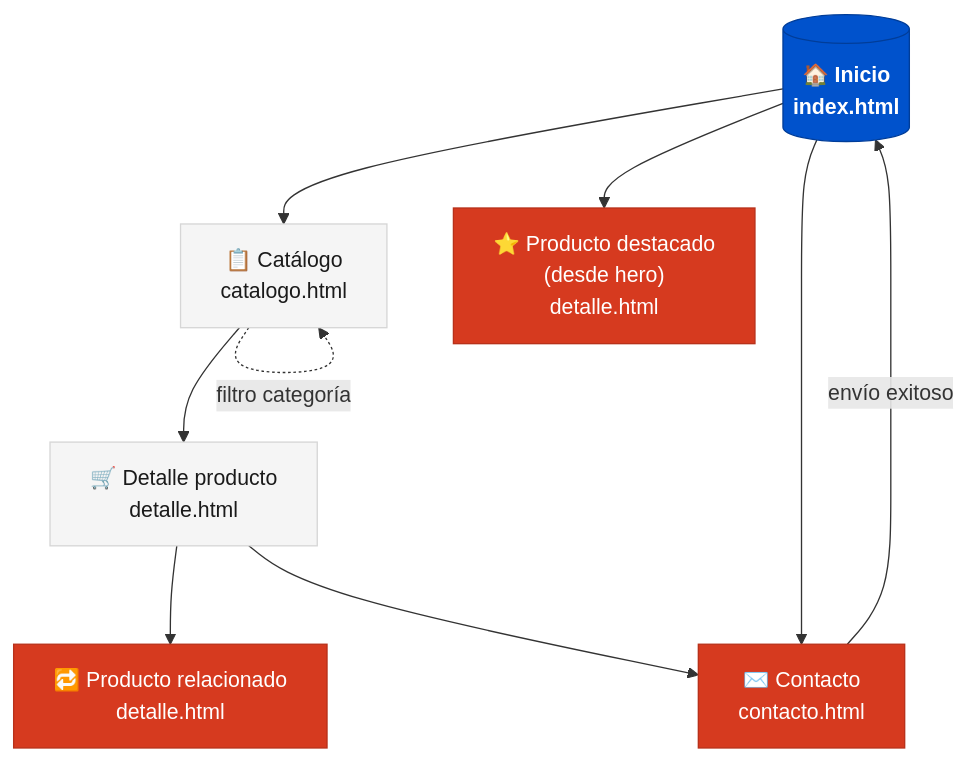
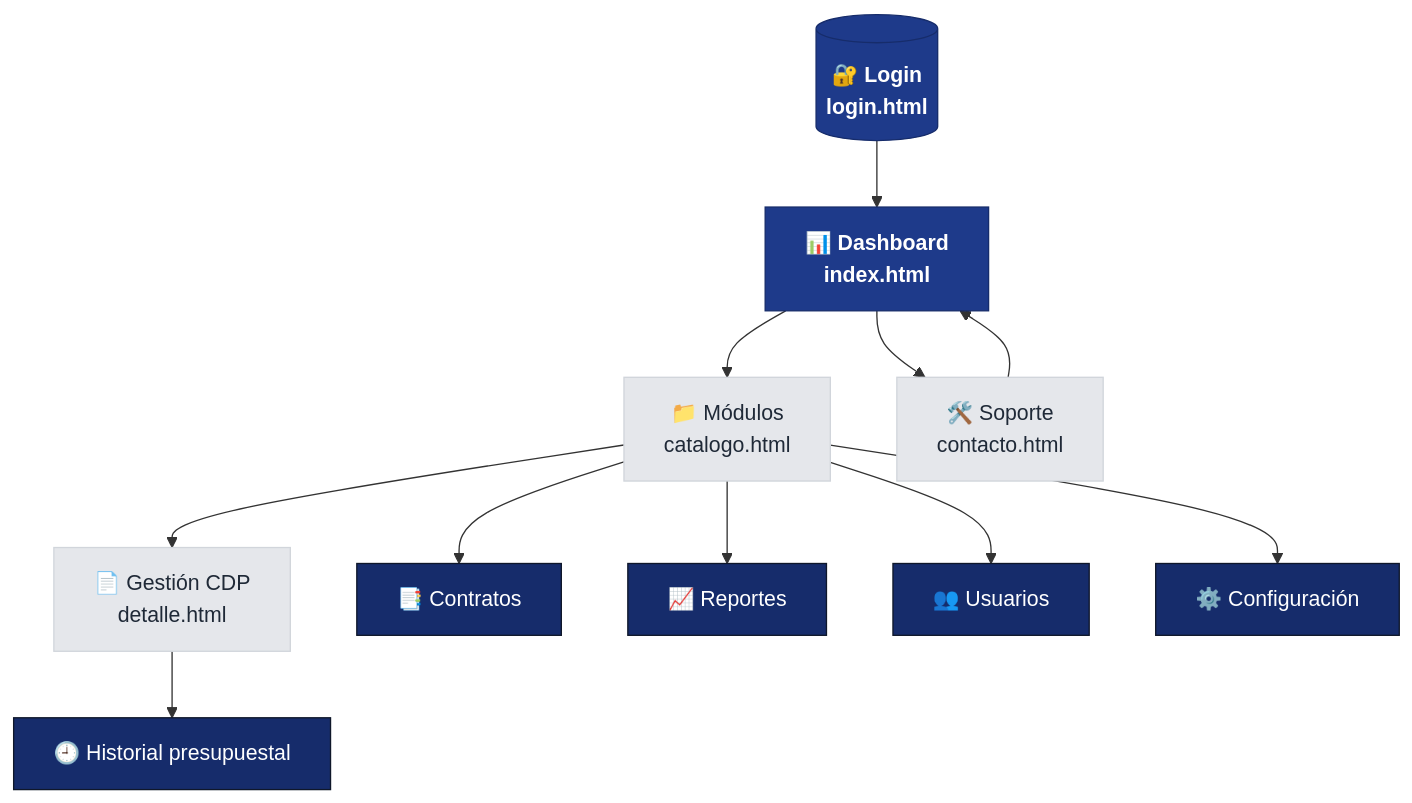
The first of 3 diagrams in docs/mapa-navegacion.md (IsaacPetro/mini-sitio-adso), drawn with Mermaid before and after one commit. The commit also changed other lines of this file and 8 other files, not shown here.

````diff
--- a/docs/mapa-navegacion.md
+++ b/docs/mapa-navegacion.md
@@ -14,24 +16,33 @@
 ```mermaid
 flowchart TD
-  HOME[("🏠 Inicio<br/>index.html")]
 
-  HOME --> CATALOGO["📋 Catálogo<br/>catalogo.html"]
-  HOME --> DESTACADO["⭐ Producto destacado<br/>(desde hero)<br/>detalle.html"]
-  HOME --> CONTACTO["✉️ Contacto<br/>contacto.html"]
+  LOGIN[("🔐 Login<br/>login.html")]
 
-  CATALOGO --> DETALLE["🛒 Detalle producto<br/>detalle.html"]
-  CATALOGO -.->|filtro categoría| CATALOGO
+  LOGIN --> DASHBOARD["📊 Dashboard<br/>index.html"]
 
-  DETALLE --> RELACIONADO["🔁 Producto relacionado<br/>detalle.html"]
-  DETALLE --> CONTACTO
+  DASHBOARD --> MODULOS["📁 Módulos<br/>catalogo.html"]
 
-  CONTACTO -->|envío exitoso| HOME
+  DASHBOARD --> SOPORTE["🛠️ Soporte<br/>contacto.html"]
 
-  classDef principal fill:#0052cc,stroke:#003d99,color:#fff,font-weight:bold
-  classDef secundaria fill:#f5f5f5,stroke:#d6d6d6,color:#1a1a1a
-  classDef accion fill:#d63a1f,stroke:#b8311a,color:#fff
+  MODULOS --> CDP["📄 Gestión CDP<br/>detalle.html"]
 
-  class HOME principal
-  class CATALOGO,DETALLE,CONTACTO secundaria
-  class DESTACADO,RELACIONADO,CONTACTO accion
+  MODULOS --> CONTRATOS["📑 Contratos"]
+
+  MODULOS --> REPORTES["📈 Reportes"]
+
+  MODULOS --> USUARIOS["👥 Usuarios"]
+
+  MODULOS --> CONFIG["⚙️ Configuración"]
+
+  CDP --> HISTORIAL["🕘 Historial presupuestal"]
+
+  SOPORTE --> DASHBOARD
+
+  classDef principal fill:#1E3A8A,stroke:#162C6B,color:#fff,font-weight:bold
+  classDef secundaria fill:#E5E7EB,stroke:#D1D5DB,color:#1F2937
+  classDef accion fill:#162C6B,stroke:#0F172A,color:#fff
+
+  class LOGIN,DASHBOARD principal
+  class MODULOS,CDP,SOPORTE secundaria
+  class CONTRATOS,REPORTES,USUARIOS,CONFIG,HISTORIAL accion
 ```
````
